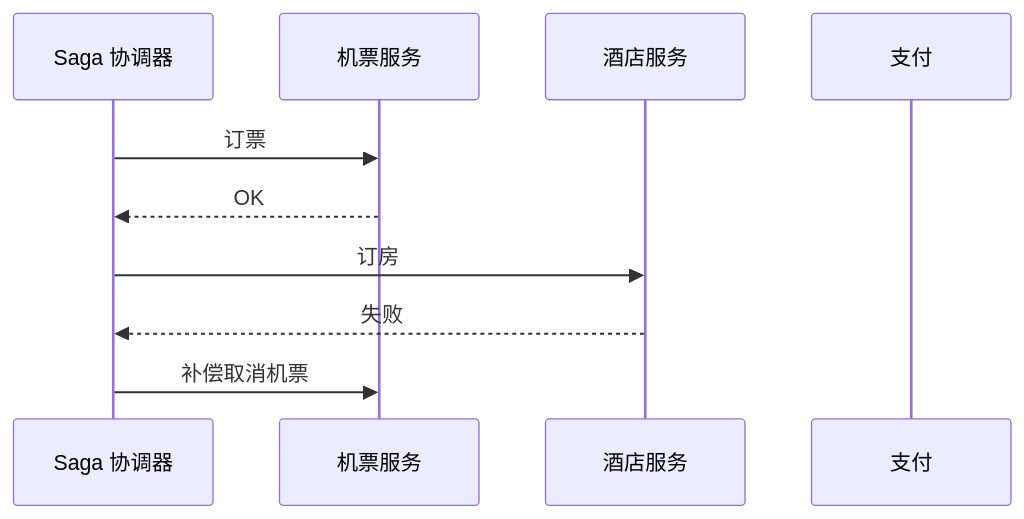
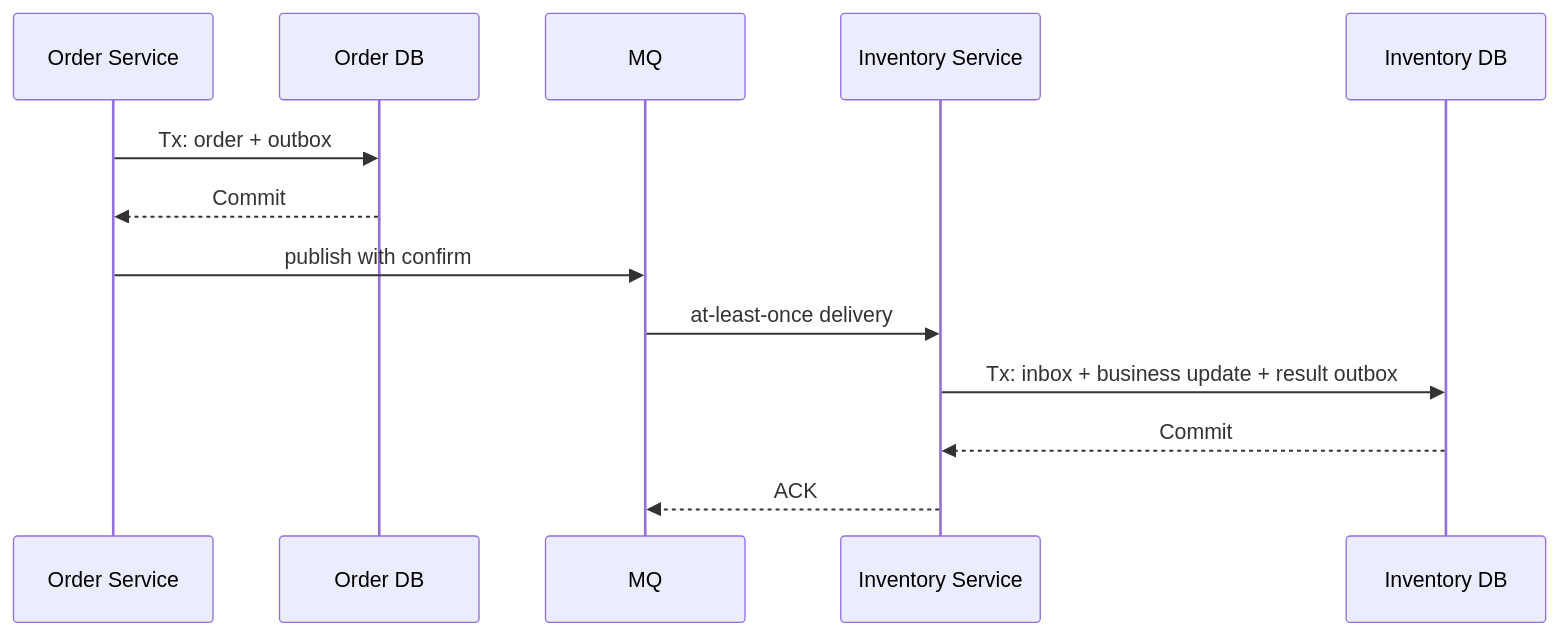
One commit to moqix26/study changed the first of 2 diagrams in 后端学习/系统设计/06-分布式一致性与CAP.md. Above: the diagram before and after it, drawn with Mermaid. The commit also changed other lines of this file and 202 other files, not shown here.

````diff
--- a/后端学习/系统设计/06-分布式一致性与CAP.md
+++ b/后端学习/系统设计/06-分布式一致性与CAP.md
@@ -415,12 +214,16 @@
 ```mermaid
 sequenceDiagram
-    participant O as Saga 协调器
-    participant F as 机票服务
-    participant H as 酒店服务
-    participant P as 支付
-    O->>F: 订票
-    F-->>O: OK
-    O->>H: 订房
-    H-->>O: 失败
-    O->>F: 补偿取消机票
+    participant O as Order Service
+    participant OD as Order DB
+    participant M as MQ
+    participant I as Inventory Service
+    participant ID as Inventory DB
+
+    O->>OD: Tx: order + outbox
+    OD-->>O: Commit
+    O->>M: publish with confirm
+    M->>I: at-least-once delivery
+    I->>ID: Tx: inbox + business update + result outbox
+    ID-->>I: Commit
+    I-->>M: ACK
 ```
````
